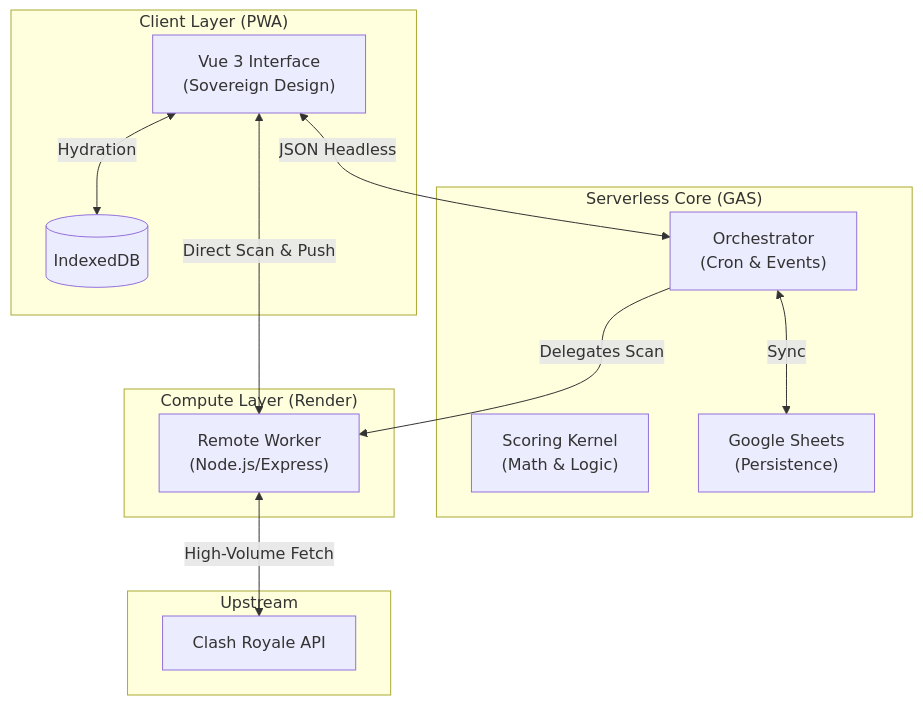
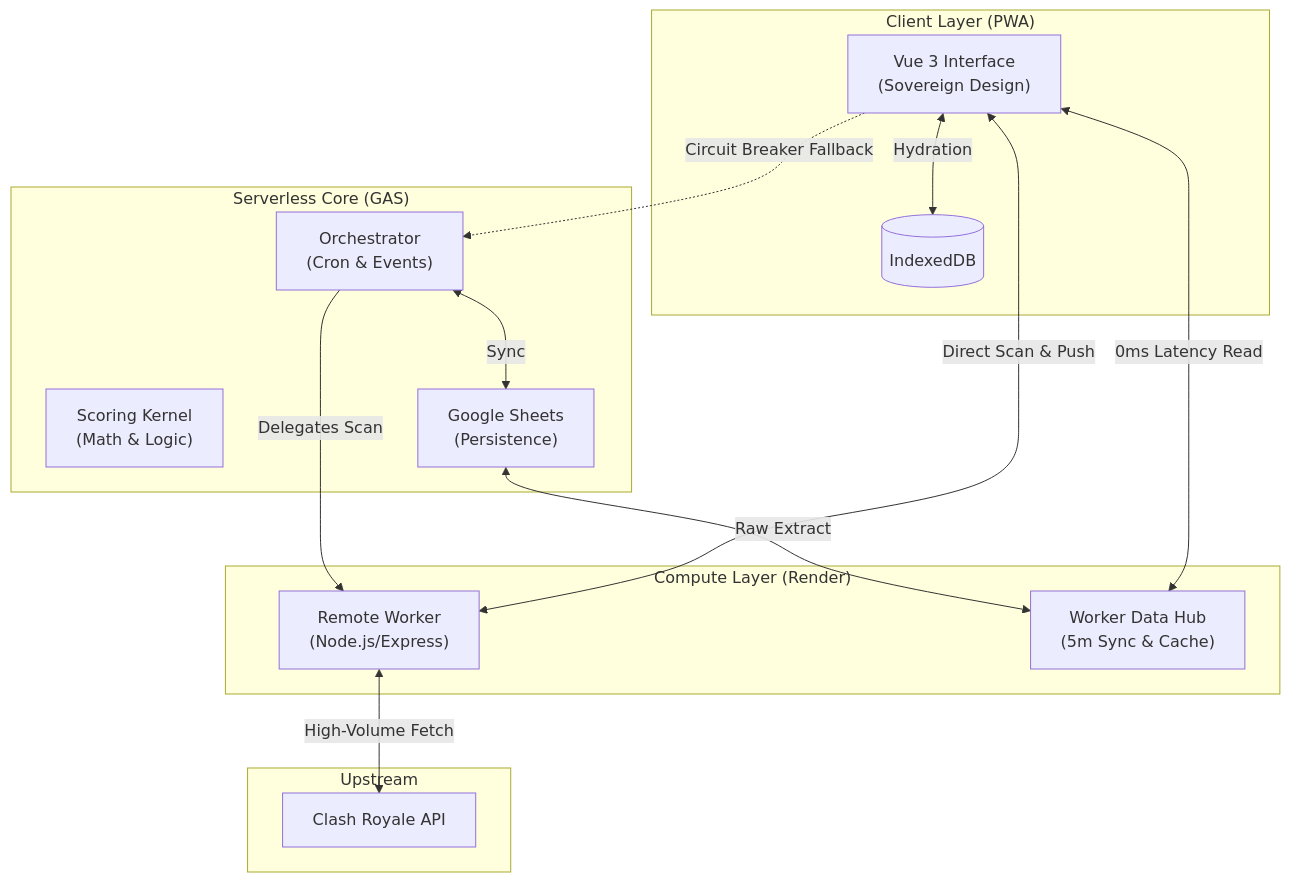
Before and after one commit to AlbiDR/Clash-Manager: the diagram in README.md, drawn with Mermaid. The commit also changed other lines of this file and 3 other files, not shown here.

First line of the commit message:
docs: align architecture documentation with worker-led hub transition

````diff
--- a/README.md
+++ b/README.md
@@ -125,28 +125,31 @@
 ```mermaid
 flowchart TD
     subgraph Upstream
         CRAPI["Clash Royale API"]
     end
 
     subgraph "Serverless Core (GAS)"
         Orchestrator["Orchestrator<br/>(Cron & Events)"]
         Kernel["Scoring Kernel<br/>(Math & Logic)"]
         Store["Google Sheets<br/>(Persistence)"]
     end
 
     subgraph "Compute Layer (Render)"
         Worker["Remote Worker<br/>(Node.js/Express)"]
+        DataHub["Worker Data Hub<br/>(5m Sync & Cache)"]
     end
 
     subgraph "Client Layer (PWA)"
         UI["Vue 3 Interface<br/>(Sovereign Design)"]
         Cache[(IndexedDB)]
     end
 
     Orchestrator -->|Delegates Scan| Worker
     Worker <-->|High-Volume Fetch| CRAPI
     Orchestrator <-->|Sync| Store
-    UI <-->|JSON Headless| Orchestrator
+    Store <-->|Raw Extract| DataHub
+    UI <-->|0ms Latency Read| DataHub
+    UI -.->|Circuit Breaker Fallback| Orchestrator
     UI <-->|Hydration| Cache
     UI <-->|Direct Scan & Push| Worker
 ```
````
